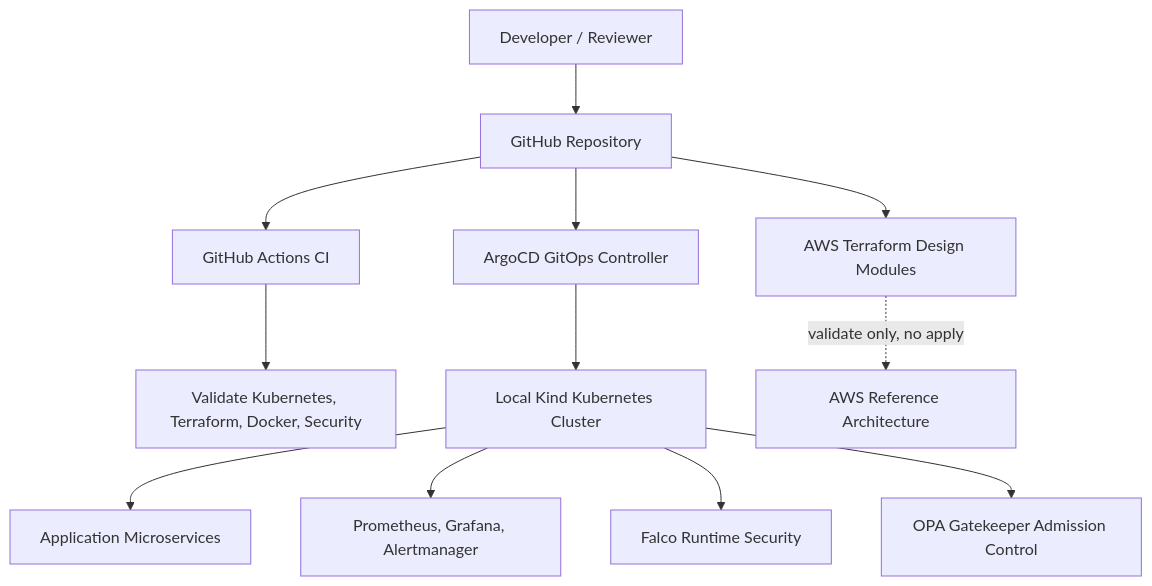
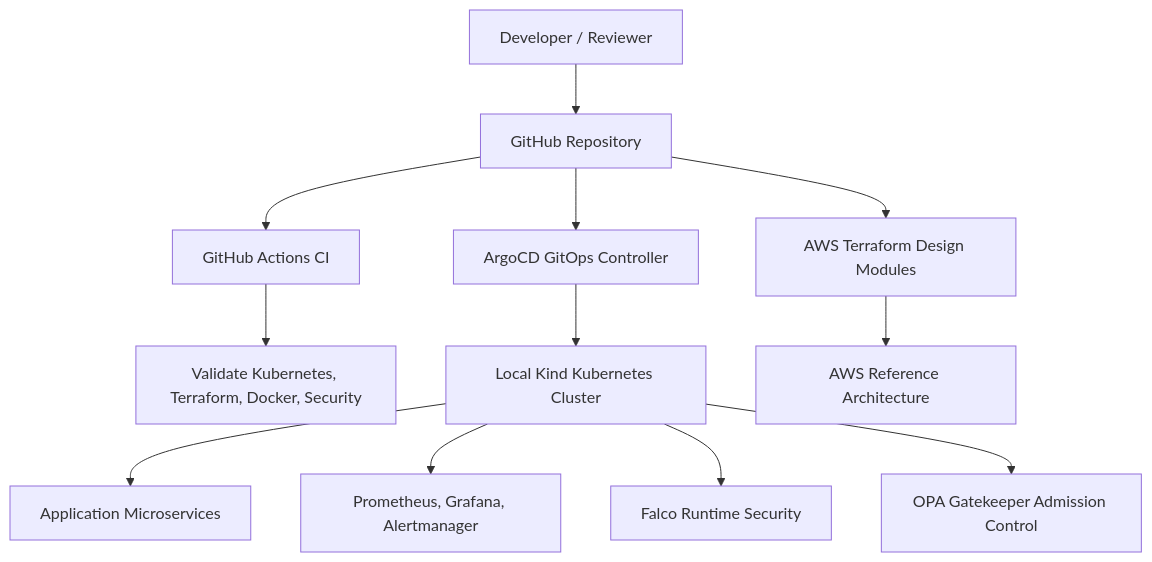
Before and after one commit to AssassinSaurabh/enterprise-devsecops-platform: the first of 9 diagrams in docs/architecture.md, drawn with Mermaid. The commit also changed other lines of this file and 7 other files, not shown here.

````diff
--- a/docs/architecture.md
+++ b/docs/architecture.md
@@ -21,17 +25,17 @@
 ```mermaid
 flowchart TB
   User["Developer / Reviewer"] --> Repo["GitHub Repository"]
   Repo --> Actions["GitHub Actions CI"]
   Repo --> Argo["ArgoCD GitOps Controller"]
 
   Actions --> Validate["Validate Kubernetes, Terraform, Docker, Security"]
   Argo --> Cluster["Local Kind Kubernetes Cluster"]
 
   Cluster --> Apps["Application Microservices"]
   Cluster --> Monitoring["Prometheus, Grafana, Alertmanager"]
   Cluster --> RuntimeSecurity["Falco Runtime Security"]
   Cluster --> Admission["OPA Gatekeeper Admission Control"]
 
   Repo --> Terraform["AWS Terraform Design Modules"]
-  Terraform -. "validate only, no apply" .-> AWSDesign["AWS Reference Architecture"]
+  Terraform --> AWSDesign["AWS Reference Architecture"]
 ```
````
